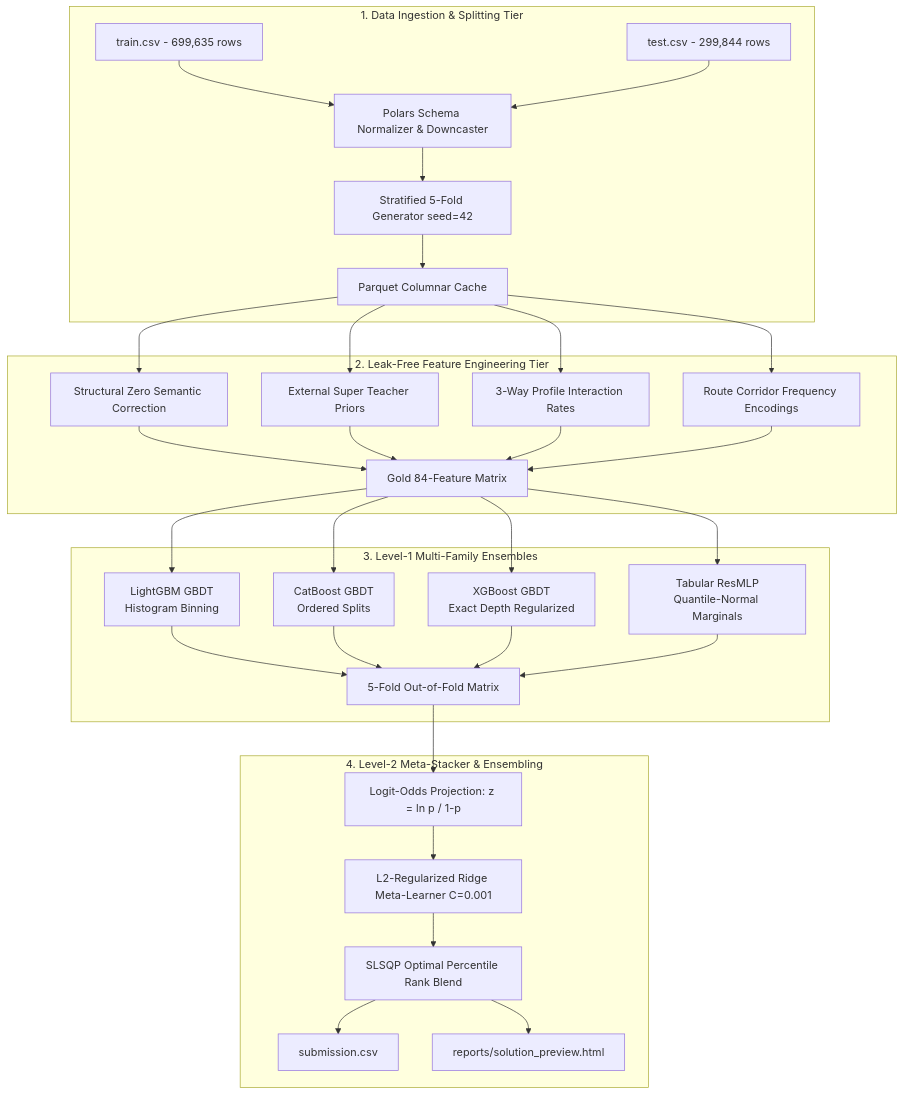
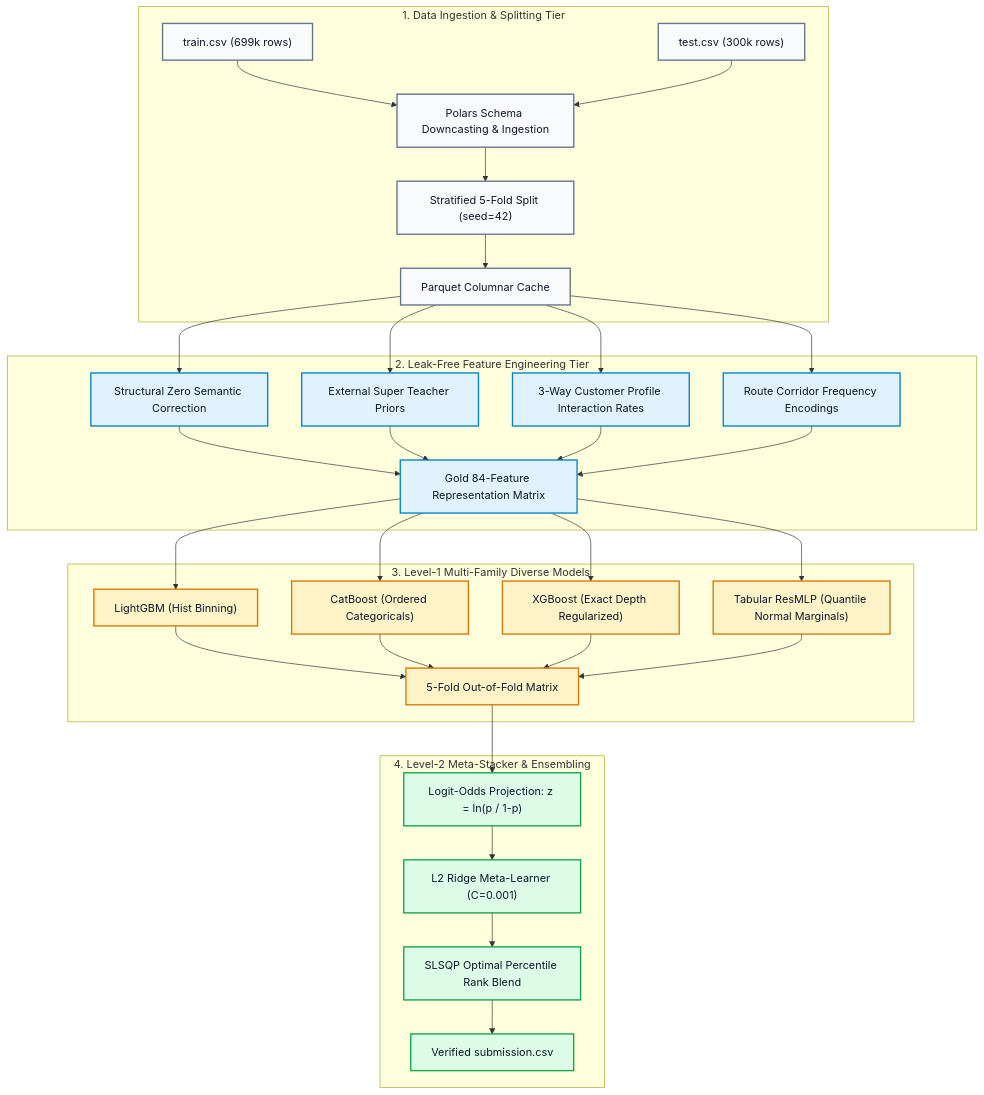
One commit to VijaiKMathew/kaggle-s6e10-airline-satisfaction changed the diagram in docs/ARCHITECTURE.md. Above: the diagram before and after it, drawn with Mermaid. The commit also changed 3 other files, not shown here.

Commit message:
style: enhance Mermaid diagrams with high-contrast color classes, vertical flow, and clean readable typography

````diff
--- a/docs/ARCHITECTURE.md
+++ b/docs/ARCHITECTURE.md
@@ -10,41 +10,51 @@
 ```mermaid
 flowchart TD
+    %% Styling
+    classDef data fill:#f8fafc,stroke:#64748b,stroke-width:2px,color:#0f172a;
+    classDef feature fill:#e0f2fe,stroke:#0284c7,stroke-width:2px,color:#0f172a;
+    classDef model fill:#fef3c7,stroke:#d97706,stroke-width:2px,color:#0f172a;
+    classDef stack fill:#dcfce7,stroke:#16a34a,stroke-width:2px,color:#0f172a;
+
     subgraph Data_Tier["1. Data Ingestion & Splitting Tier"]
-        RawTrain[train.csv - 699,635 rows] --> PolarsCast[Polars Schema Normalizer & Downcaster]
-        RawTest[test.csv - 299,844 rows] --> PolarsCast
-        PolarsCast --> Split[Stratified 5-Fold Generator seed=42]
-        Split --> ParquetCache[Parquet Columnar Cache]
+        RawTrain["train.csv (699k rows)"] --> PolarsCast["Polars Schema Downcasting & Ingestion"]
+        RawTest["test.csv (300k rows)"] --> PolarsCast
+        PolarsCast --> Split["Stratified 5-Fold Split (seed=42)"]
+        Split --> ParquetCache["Parquet Columnar Cache"]
     end
 
     subgraph Feature_Tier["2. Leak-Free Feature Engineering Tier"]
-        ParquetCache --> ZeroMask[Structural Zero Semantic Correction]
-        ParquetCache --> ExtTeacher[External Super Teacher Priors]
-        ParquetCache --> ProfileInteract[3-Way Profile Interaction Rates]
-        ParquetCache --> CorridorCluster[Route Corridor Frequency Encodings]
+        ParquetCache --> ZeroMask["Structural Zero Semantic Correction"]
+        ParquetCache --> ExtTeacher["External Super Teacher Priors"]
+        ParquetCache --> ProfileInteract["3-Way Customer Profile Interaction Rates"]
+        ParquetCache --> CorridorCluster["Route Corridor Frequency Encodings"]
         
-        ZeroMask --> GoldMatrix[Gold 84-Feature Matrix]
+        ZeroMask --> GoldMatrix["Gold 84-Feature Representation Matrix"]
         ExtTeacher --> GoldMatrix
         ProfileInteract --> GoldMatrix
         CorridorCluster --> GoldMatrix
     end
 
-    subgraph Model_Tier["3. Level-1 Multi-Family Ensembles"]
-        GoldMatrix --> M1[LightGBM GBDT<br>Histogram Binning]
-        GoldMatrix --> M2[CatBoost GBDT<br>Ordered Splits]
-        GoldMatrix --> M3[XGBoost GBDT<br>Exact Depth Regularized]
-        GoldMatrix --> M4[Tabular ResMLP<br>Quantile-Normal Marginals]
+    subgraph Model_Tier["3. Level-1 Multi-Family Diverse Models"]
+        GoldMatrix --> M1["LightGBM (Hist Binning)"]
+        GoldMatrix --> M2["CatBoost (Ordered Categoricals)"]
+        GoldMatrix --> M3["XGBoost (Exact Depth Regularized)"]
+        GoldMatrix --> M4["Tabular ResMLP (Quantile Normal Marginals)"]
         
-        M1 --> OOF[5-Fold Out-of-Fold Matrix]
+        M1 --> OOF["5-Fold Out-of-Fold Matrix"]
         M2 --> OOF
         M3 --> OOF
         M4 --> OOF
     end
 
     subgraph Stacking_Tier["4. Level-2 Meta-Stacker & Ensembling"]
-        OOF --> LogitMap[Logit-Odds Projection: z = ln p / 1-p]
-        LogitMap --> RidgeStacker[L2-Regularized Ridge Meta-Learner C=0.001]
-        RidgeStacker --> SLSQP[SLSQP Optimal Percentile Rank Blend]
-        SLSQP --> Submission[submission.csv]
-        SLSQP --> HTMLReport[reports/solution_preview.html]
+        OOF --> LogitMap["Logit-Odds Projection: z = ln(p / 1-p)"]
+        LogitMap --> RidgeStacker["L2 Ridge Meta-Learner (C=0.001)"]
+        RidgeStacker --> SLSQP["SLSQP Optimal Percentile Rank Blend"]
+        SLSQP --> Submission["Verified submission.csv"]
     end
+
+    class RawTrain,RawTest,PolarsCast,Split,ParquetCache data;
+    class ZeroMask,ExtTeacher,ProfileInteract,CorridorCluster,GoldMatrix feature;
+    class M1,M2,M3,M4,OOF model;
+    class LogitMap,RidgeStacker,SLSQP,Submission stack;
 ```
````
